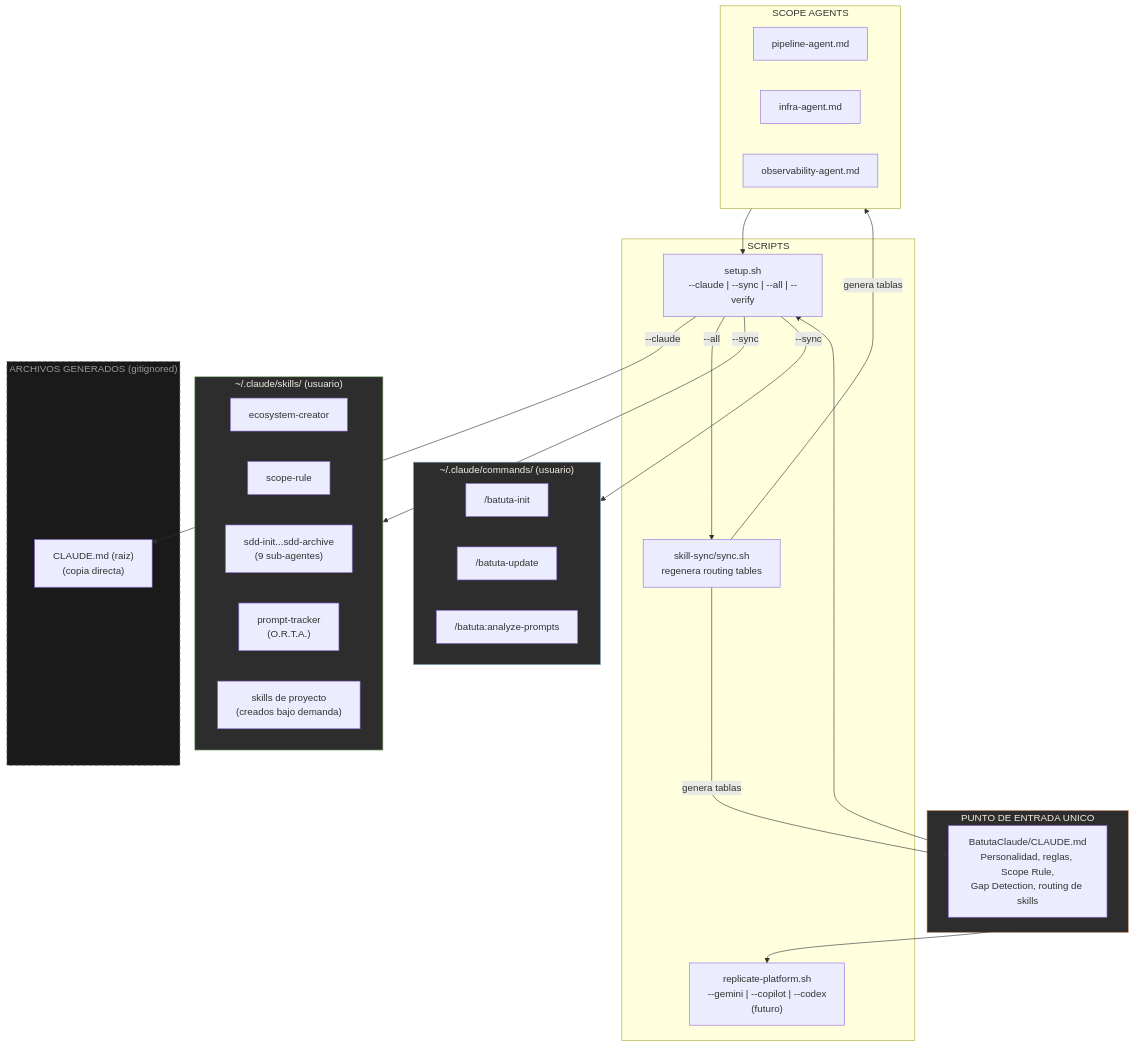
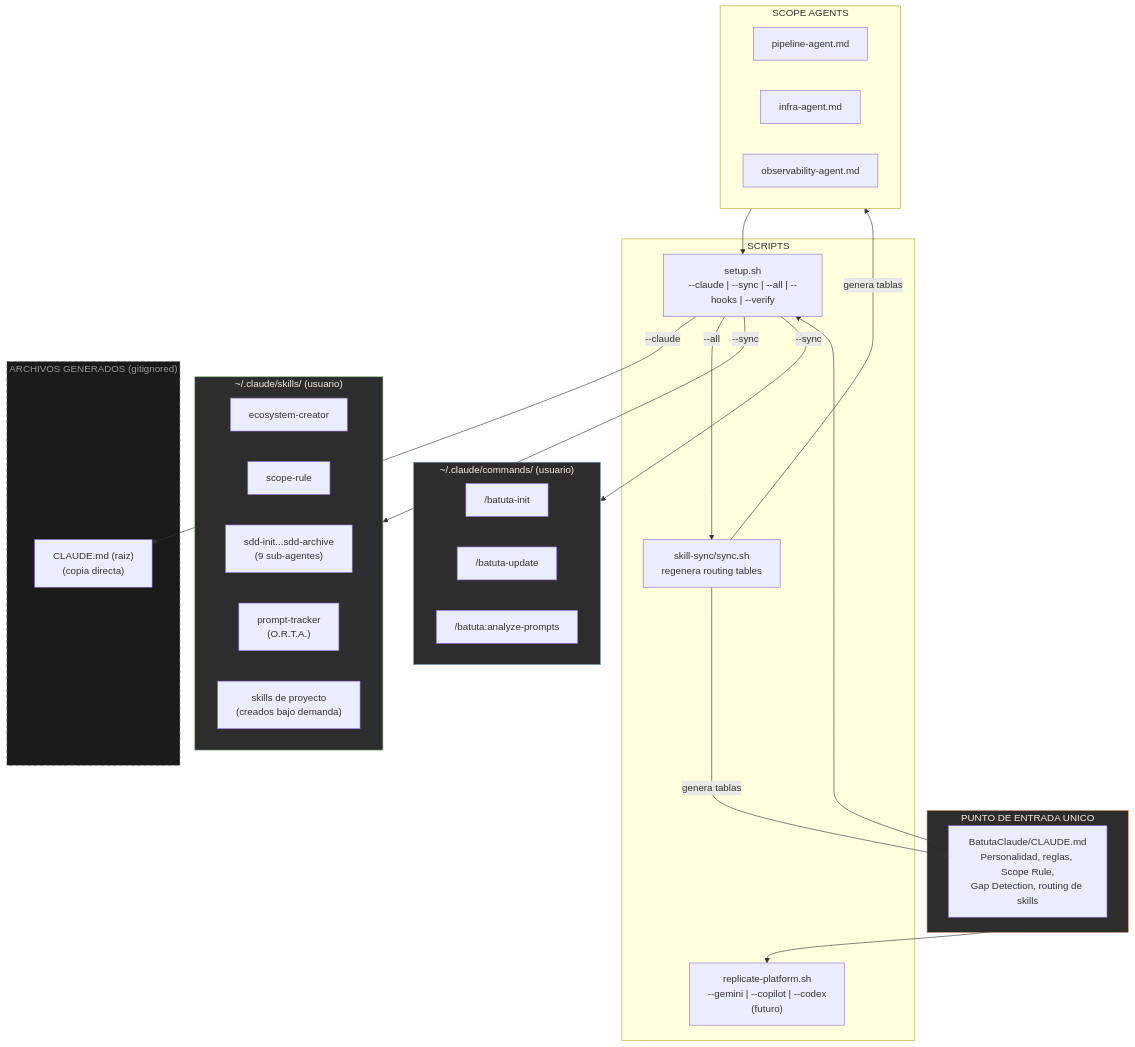
Before and after one commit to jota-batuta/batuta-dots: the first of 23 diagrams in docs/architecture/arquitectura-diagrama.md, drawn with Mermaid. The commit also changed other lines of this file and 30 other files, not shown here.

````diff
--- a/docs/architecture/arquitectura-diagrama.md
+++ b/docs/architecture/arquitectura-diagrama.md
@@ -5,51 +5,51 @@
 ```mermaid
 flowchart TB
     subgraph FUENTE["PUNTO DE ENTRADA UNICO"]
         CLAUDE_SRC["BatutaClaude/CLAUDE.md<br/>Personalidad, reglas, Scope Rule,<br/>Gap Detection, routing de skills"]
     end
 
     subgraph AGENTS_SRC["SCOPE AGENTS"]
         AG_PIPELINE["pipeline-agent.md"]
         AG_INFRA["infra-agent.md"]
         AG_OBS["observability-agent.md"]
     end
 
     subgraph SETUP["SCRIPTS"]
-        SETUP_SH["setup.sh<br/>--claude | --sync | --all | --verify"]
+        SETUP_SH["setup.sh<br/>--claude | --sync | --all | --hooks | --verify"]
         SYNC_SH["skill-sync/sync.sh<br/>regenera routing tables"]
         REPLICATE["replicate-platform.sh<br/>--gemini | --copilot | --codex<br/>(futuro)"]
     end
 
     subgraph GENERADO["ARCHIVOS GENERADOS (gitignored)"]
         CLAUDE_GEN["CLAUDE.md (raiz)<br/>(copia directa)"]
     end
 
     subgraph SKILLS_LOCAL["~/.claude/skills/ (usuario)"]
         SK_ECO["ecosystem-creator"]
         SK_SCOPE["scope-rule"]
         SK_SDD["sdd-init...sdd-archive<br/>(9 sub-agentes)"]
         SK_PROMPT["prompt-tracker<br/>(O.R.T.A.)"]
         SK_PROJECT["skills de proyecto<br/>(creados bajo demanda)"]
     end
 
     subgraph COMMANDS_LOCAL["~/.claude/commands/ (usuario)"]
         CMD_INIT["/batuta-init"]
         CMD_UPDATE["/batuta-update"]
         CMD_ANALYZE["/batuta:analyze-prompts"]
     end
 
     CLAUDE_SRC --> SETUP_SH
     AGENTS_SRC --> SETUP_SH
     SETUP_SH -->|"--claude"| CLAUDE_GEN
     SETUP_SH -->|"--sync"| SKILLS_LOCAL
     SETUP_SH -->|"--sync"| COMMANDS_LOCAL
     SETUP_SH -->|"--all"| SYNC_SH
     SYNC_SH -->|"genera tablas"| CLAUDE_SRC
     SYNC_SH -->|"genera tablas"| AGENTS_SRC
     CLAUDE_SRC --> REPLICATE
 
     style FUENTE fill:#2d2d2d,stroke:#D4956A,color:#F5EDE4
     style GENERADO fill:#1a1a1a,stroke:#666,color:#999,stroke-dasharray: 5 5
     style SKILLS_LOCAL fill:#2d2d2d,stroke:#8BB87A,color:#F5EDE4
     style COMMANDS_LOCAL fill:#2d2d2d,stroke:#7AAFC4,color:#F5EDE4
 ```
````
